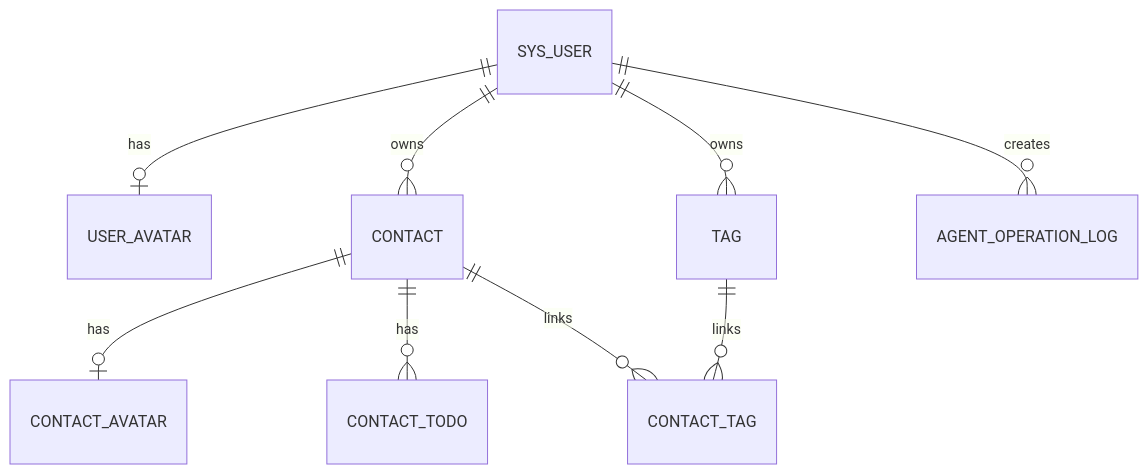
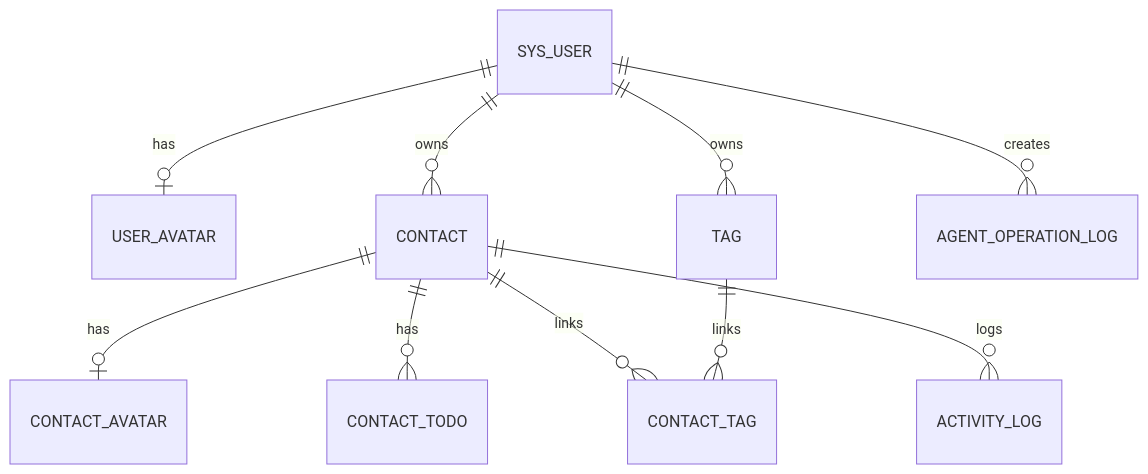
One commit to weiqiang612/Personal-CRM-Intelligent-Contact-Management-Platform changed the diagram in docs/2-designs/db_schema.md. Above: the diagram before and after it, drawn with Mermaid. The commit also changed other lines of this file and 27 other files, not shown here.

Commit message:
feat: complete TASK-014 contact activity feed and optimize tag dialogs with smooth transition

````diff
--- a/docs/2-designs/db_schema.md
+++ b/docs/2-designs/db_schema.md
@@ -10,11 +10,12 @@
 ```mermaid
 erDiagram
     SYS_USER ||--o| USER_AVATAR : has
     SYS_USER ||--o{ CONTACT : owns
     CONTACT ||--o| CONTACT_AVATAR : has
     CONTACT ||--o{ CONTACT_TODO : has
     SYS_USER ||--o{ TAG : owns
     CONTACT ||--o{ CONTACT_TAG : links
     TAG ||--o{ CONTACT_TAG : links
     SYS_USER ||--o{ AGENT_OPERATION_LOG : creates
+    CONTACT ||--o{ ACTIVITY_LOG : logs
 ```
````
